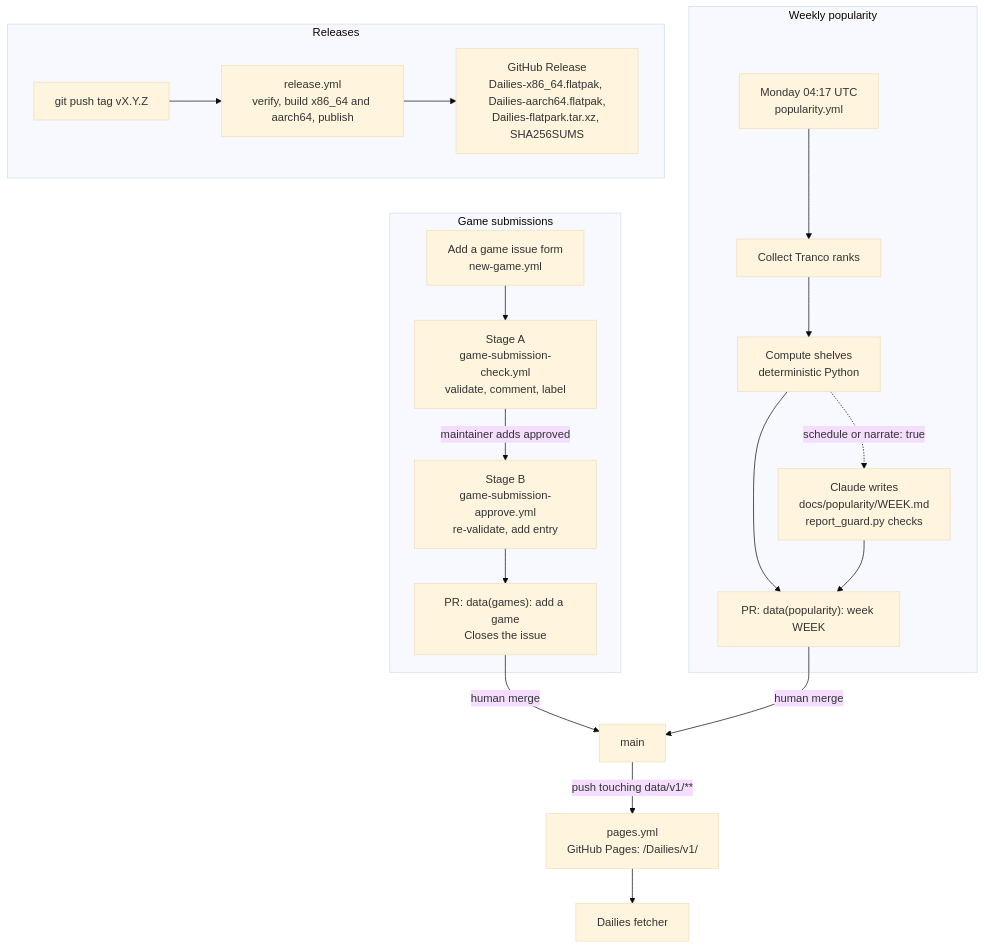
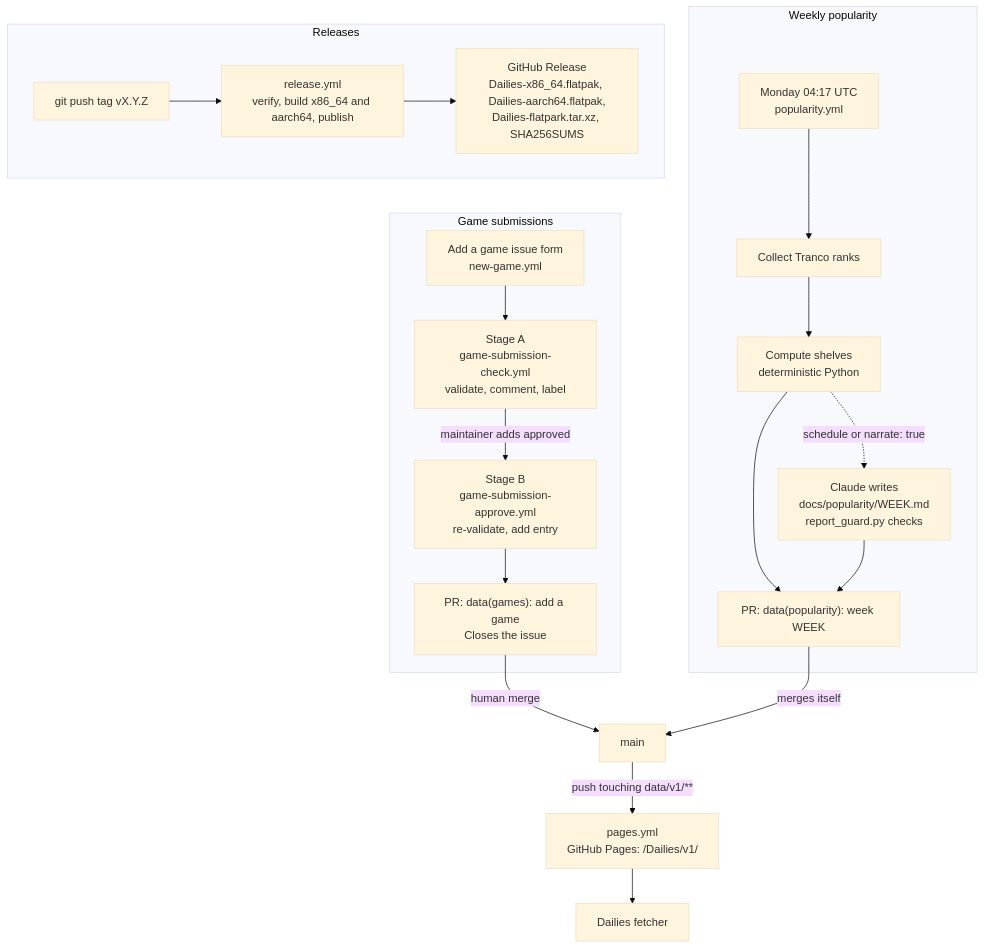
Before and after one commit to Tim-van-Oudheusden/Dailies: the second of 2 diagrams in docs/architecture.md, drawn with Mermaid (base theme). The commit also changed other lines of this file and 5 other files, not shown here.

````diff
--- a/docs/architecture.md
+++ b/docs/architecture.md
@@ -306,23 +307,23 @@
 ```mermaid
 flowchart TD
   subgraph submit["Game submissions"]
     FORM["Add a game issue form<br/>new-game.yml"] --> A["Stage A<br/>game-submission-check.yml<br/>validate, comment, label"]
     A -->|"maintainer adds approved"| B["Stage B<br/>game-submission-approve.yml<br/>re-validate, add entry"]
     B --> PR1["PR: data(games): add a game<br/>Closes the issue"]
   end
   subgraph weekly["Weekly popularity"]
     CRON["Monday 04:17 UTC<br/>popularity.yml"] --> COLLECT["Collect Tranco ranks"]
     COLLECT --> COMPUTE["Compute shelves<br/>deterministic Python"]
     COMPUTE -.->|"schedule or narrate: true"| REPORT["Claude writes<br/>docs/popularity/WEEK.md<br/>report_guard.py checks"]
     COMPUTE --> PR2["PR: data(popularity): week WEEK"]
     REPORT --> PR2
   end
   PR1 -->|"human merge"| MAIN["main"]
-  PR2 -->|"human merge"| MAIN
+  PR2 -->|"merges itself"| MAIN
   MAIN -->|"push touching data/v1/**"| PAGES["pages.yml<br/>GitHub Pages: /Dailies/v1/"]
   PAGES --> APP["Dailies fetcher"]
   subgraph release["Releases"]
     TAG["git push tag vX.Y.Z"] --> REL["release.yml<br/>verify, build x86_64 and aarch64, publish"]
     REL --> ASSETS["GitHub Release<br/>Dailies-x86_64.flatpak, Dailies-aarch64.flatpak,<br/>Dailies-flatpark.tar.xz, SHA256SUMS"]
   end
 ```
````
